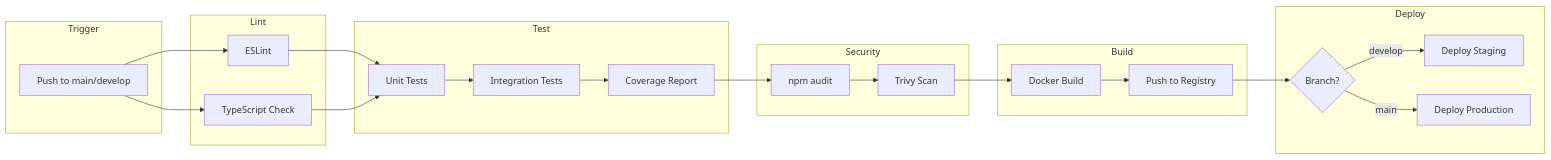
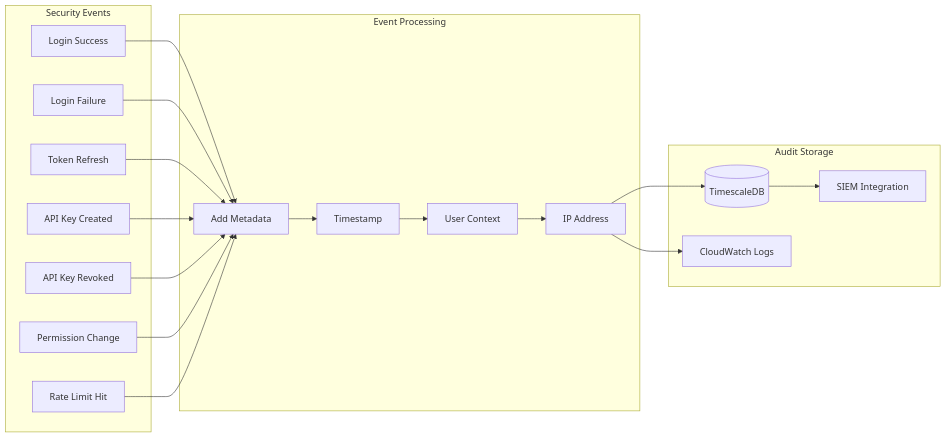
Before and after one commit to Hundia/autospec: diagram 15 of 23 in examples/api-service/docs/architecture/diagrams.md, drawn with Mermaid. The commit also changed other lines of this file and 64 other files, not shown here.

````diff
--- a/examples/api-service/docs/architecture/diagrams.md
+++ b/examples/api-service/docs/architecture/diagrams.md
@@ -356,48 +579,30 @@
 ```mermaid
 flowchart LR
-    subgraph Trigger
-        A[Push to main/develop]
+    subgraph Events["Security Events"]
+        E1[Login Success]
+        E2[Login Failure]
+        E3[Token Refresh]
+        E4[API Key Created]
+        E5[API Key Revoked]
+        E6[Permission Change]
+        E7[Rate Limit Hit]
     end
 
-    subgraph Lint
-        B[ESLint]
-        C[TypeScript Check]
+    subgraph Processing["Event Processing"]
+        P1[Add Metadata]
+        P2[Timestamp]
+        P3[User Context]
+        P4[IP Address]
     end
 
-    subgraph Test
-        D[Unit Tests]
-        E[Integration Tests]
-        F[Coverage Report]
+    subgraph Storage["Audit Storage"]
+        S1[(TimescaleDB)]
+        S2[CloudWatch Logs]
+        S3[SIEM Integration]
     end
 
-    subgraph Security
-        G[npm audit]
-        H[Trivy Scan]
-    end
-
-    subgraph Build
-        I[Docker Build]
-        J[Push to Registry]
-    end
-
-    subgraph Deploy
-        K{Branch?}
-        L[Deploy Staging]
-        M[Deploy Production]
-    end
-
-    A --> B
-    A --> C
-    B --> D
-    C --> D
-    D --> E
-    E --> F
-    F --> G
-    G --> H
-    H --> I
-    I --> J
-    J --> K
-
-    K -->|develop| L
-    K -->|main| M
+    E1 & E2 & E3 & E4 & E5 & E6 & E7 --> P1
+    P1 --> P2 --> P3 --> P4
+    P4 --> S1 & S2
+    S1 --> S3
 ```
````
